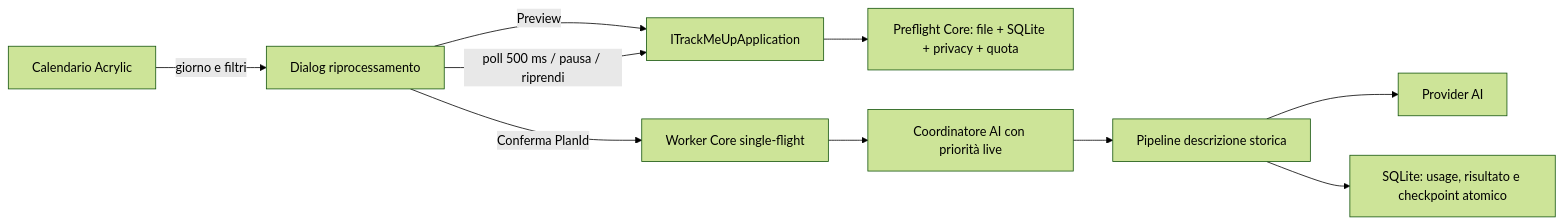
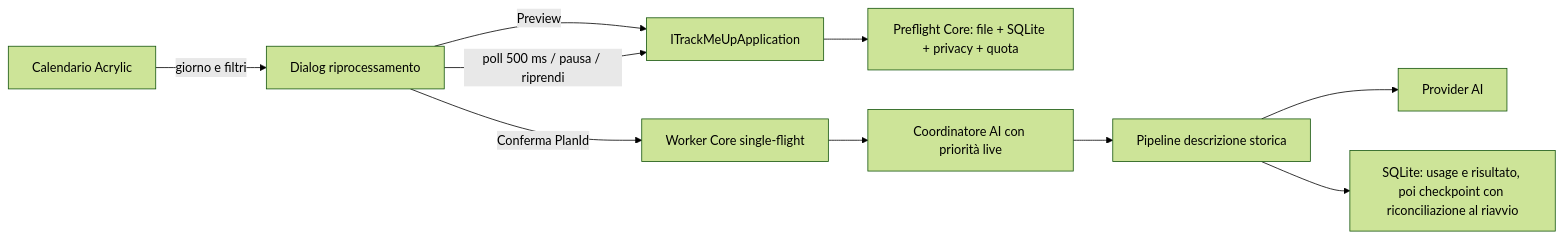
One commit to umbertotechnopreneur/TrackMeUp changed the diagram in docs/AI_SCREENSHOT_REPROCESSING_PROPOSAL.md. Above: the diagram before and after it, drawn with Mermaid (forest theme). The commit also changed other lines of this file and 136 other files, not shown here.

````diff
--- a/docs/AI_SCREENSHOT_REPROCESSING_PROPOSAL.md
+++ b/docs/AI_SCREENSHOT_REPROCESSING_PROPOSAL.md
@@ -208,12 +208,12 @@
 ```mermaid
 flowchart LR
     C["Calendario Acrylic"] -->|giorno e filtri| D["Dialog riprocessamento"]
     D -->|Preview| A["ITrackMeUpApplication"]
     A --> P["Preflight Core: file + SQLite + privacy + quota"]
     D -->|Conferma PlanId| W["Worker Core single-flight"]
     W --> Q["Coordinatore AI con priorità live"]
     Q --> R["Pipeline descrizione storica"]
     R --> V["Provider AI"]
-    R --> S["SQLite: usage, risultato e checkpoint atomico"]
+    R --> S["SQLite: usage e risultato, poi checkpoint con riconciliazione al riavvio"]
     D -->|poll 500 ms / pausa / riprendi| A
 ```
````
